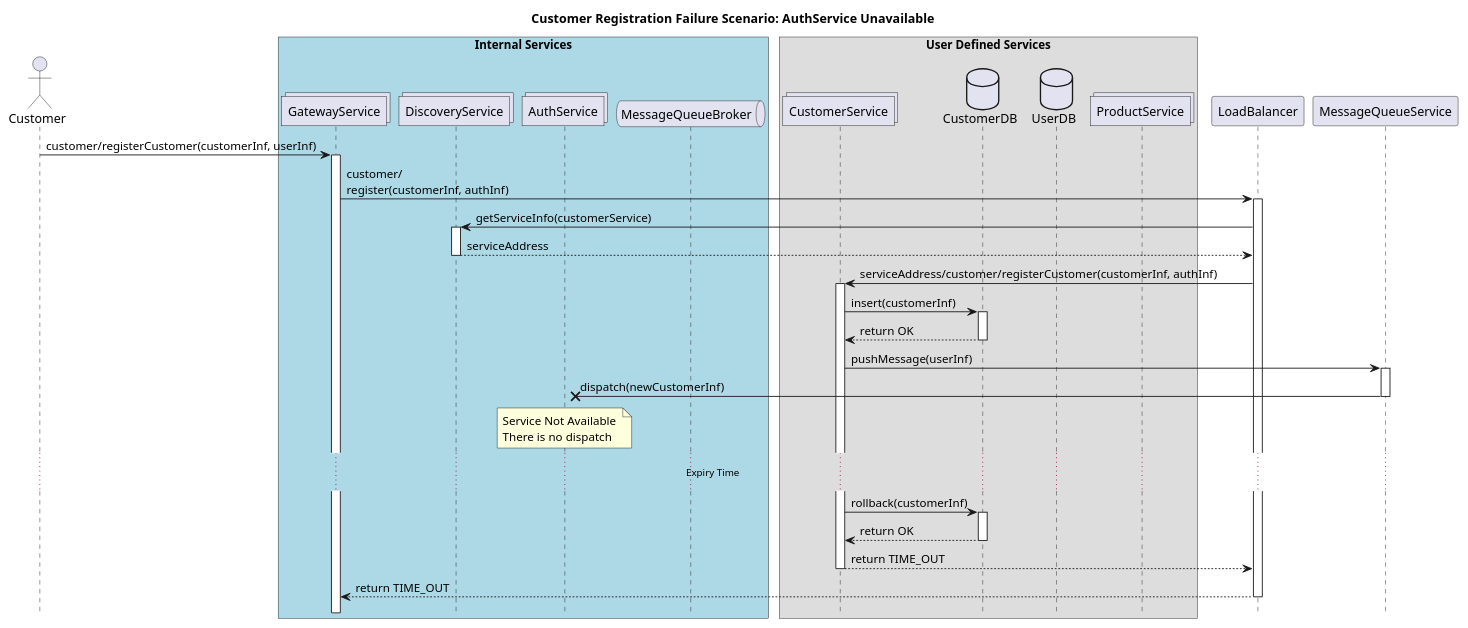
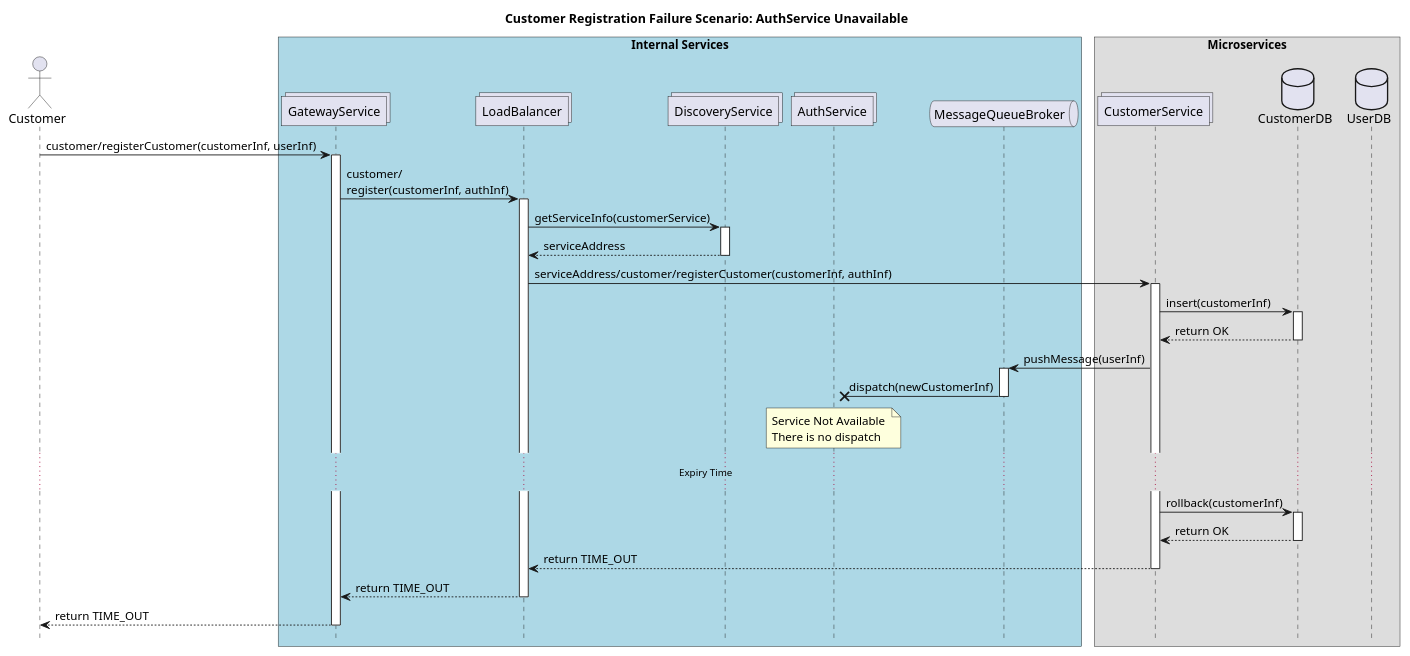
The diagram in 04 Client Registration Failure 1.wsd (naimyurek/microblockthesis), drawn with PlantUML before and after one commit. The commit also changed 5 other files, not shown here.

Commit message:
product service kaldırıldı

```diff
--- a/04 Client Registration Failure 1.wsd
+++ b/04 Client Registration Failure 1.wsd
@@ -1,41 +1,42 @@
 @startuml CustomerRegistrationFailureScenarioAuthServiceUnavailable
 !pragma teoz true
 
 title "Customer Registration Failure Scenario: AuthService Unavailable"
 
 hide footbox
 actor Customer
 
 
 box "Internal Services" #LightBlue
 collections GatewayService
+collections LoadBalancer
 collections DiscoveryService
 collections AuthService
 queue MessageQueueBroker
 end box
 
-box "User Defined Services"
+box "Microservices"
 collections CustomerService
 database CustomerDB
 database UserDB
-collections ProductService
 end box
 
 Customer -> GatewayService ++ : customer/registerCustomer(customerInf, userInf)
 GatewayService -> LoadBalancer ++ : customer/\nregister(customerInf, authInf)
 LoadBalancer -> DiscoveryService ++ : getServiceInfo(customerService)
 return serviceAddress 
 LoadBalancer -> CustomerService ++ : serviceAddress/customer/registerCustomer(customerInf, authInf)
 CustomerService -> CustomerDB ++: insert(customerInf)
 return return OK 
-CustomerService -> MessageQueueService ++ : pushMessage(userInf)
-MessageQueueService ->x AuthService -- : dispatch(newCustomerInf)
+CustomerService -> MessageQueueBroker ++ : pushMessage(userInf)
+MessageQueueBroker ->x AuthService -- : dispatch(newCustomerInf)
 note over AuthService: Service Not Available \nThere is no dispatch
 ...Expiry Time...
 CustomerService -> CustomerDB ++: rollback(customerInf)
 return return OK 
 return return TIME_OUT 
 return return TIME_OUT 
+return return TIME_OUT 
 
 
 @enduml
```
